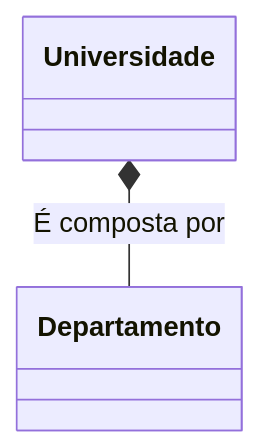
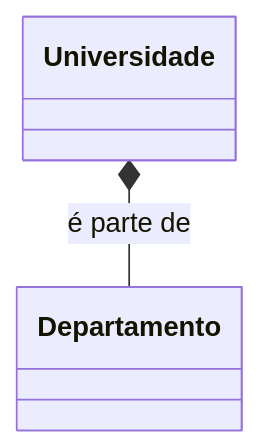
Before and after one commit to efojunior/It_NeoCamp_Java: the seventh of 11 diagrams in 11.md, drawn with Mermaid. The commit also changed other lines of this file, not shown here.

````diff
--- a/11.md
+++ b/11.md
@@ -102,4 +118,4 @@
 ```mermaid
 classDiagram
-Universidade *-- Departamento : É composta por
+Universidade *-- Departamento : é parte de
 ```
````
